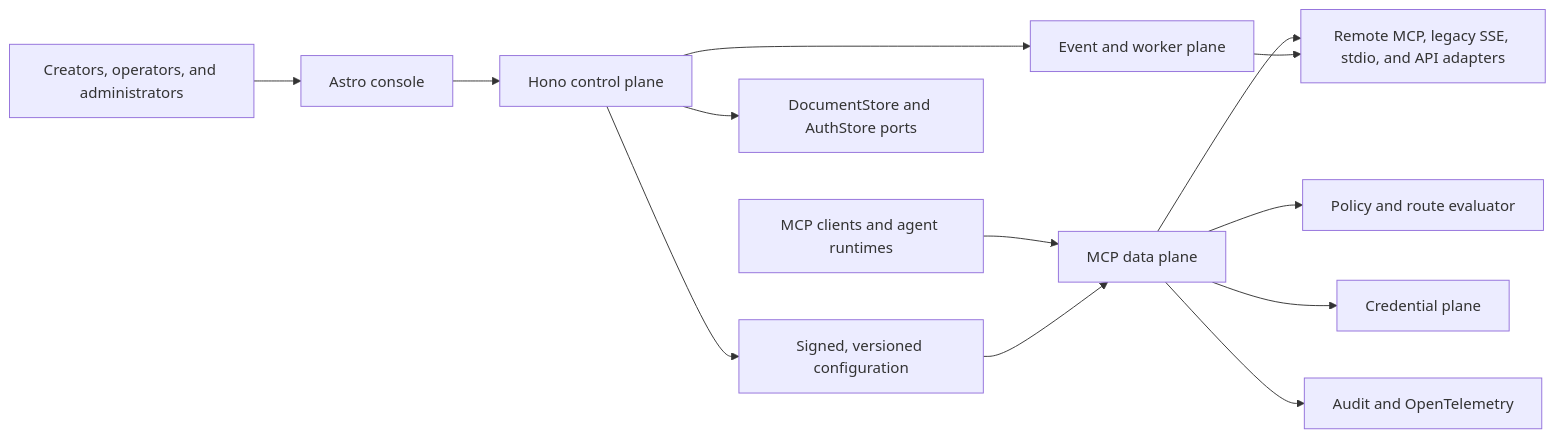
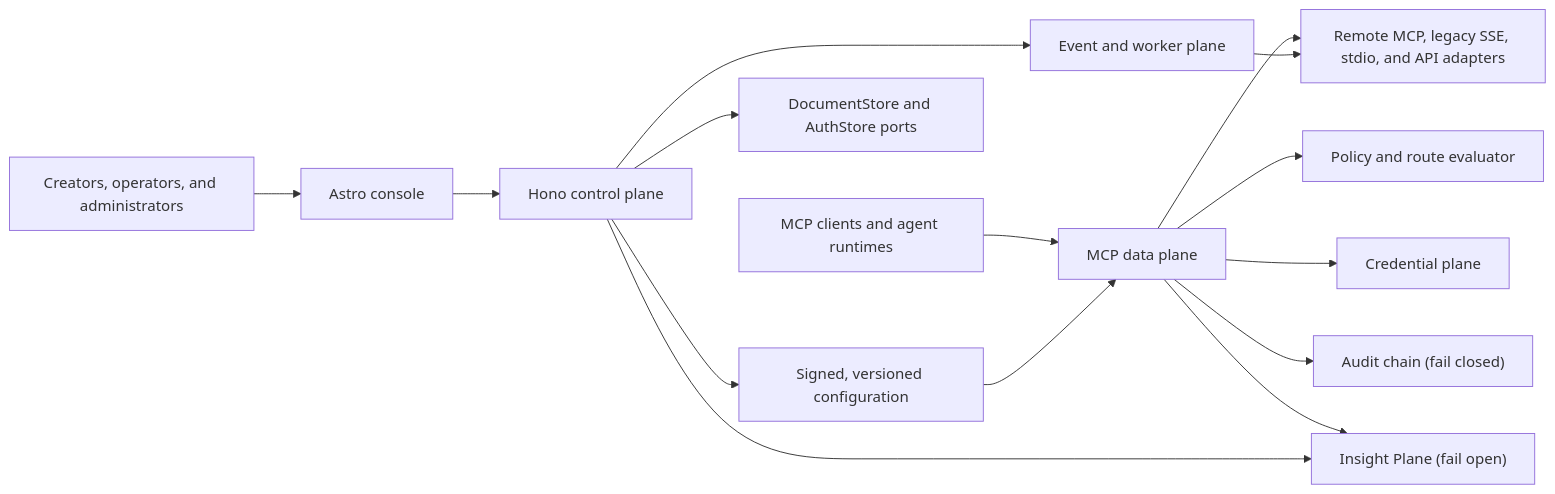
One commit to reachjalil/liteMCP changed the diagram in ARCHITECTURE.md. Above: the diagram before and after it, drawn with Mermaid. The commit also changed other lines of this file and 136 other files, not shown here.

````diff
--- a/ARCHITECTURE.md
+++ b/ARCHITECTURE.md
@@ -46,15 +49,17 @@
 ```mermaid
 flowchart LR
   Clients["MCP clients and agent runtimes"] --> Gateway["MCP data plane"]
   Admins["Creators, operators, and administrators"] --> Console["Astro console"]
   Console --> API["Hono control plane"]
   API --> Store["DocumentStore and AuthStore ports"]
   API --> Events["Event and worker plane"]
   API --> Config["Signed, versioned configuration"]
   Config --> Gateway
   Gateway --> Policy["Policy and route evaluator"]
   Gateway --> Credentials["Credential plane"]
   Gateway --> Upstreams["Remote MCP, legacy SSE, stdio, and API adapters"]
   Events --> Upstreams
-  Gateway --> Telemetry["Audit and OpenTelemetry"]
+  Gateway --> Audit["Audit chain (fail closed)"]
+  Gateway --> Insight["Insight Plane (fail open)"]
+  API --> Insight
 ```
````
